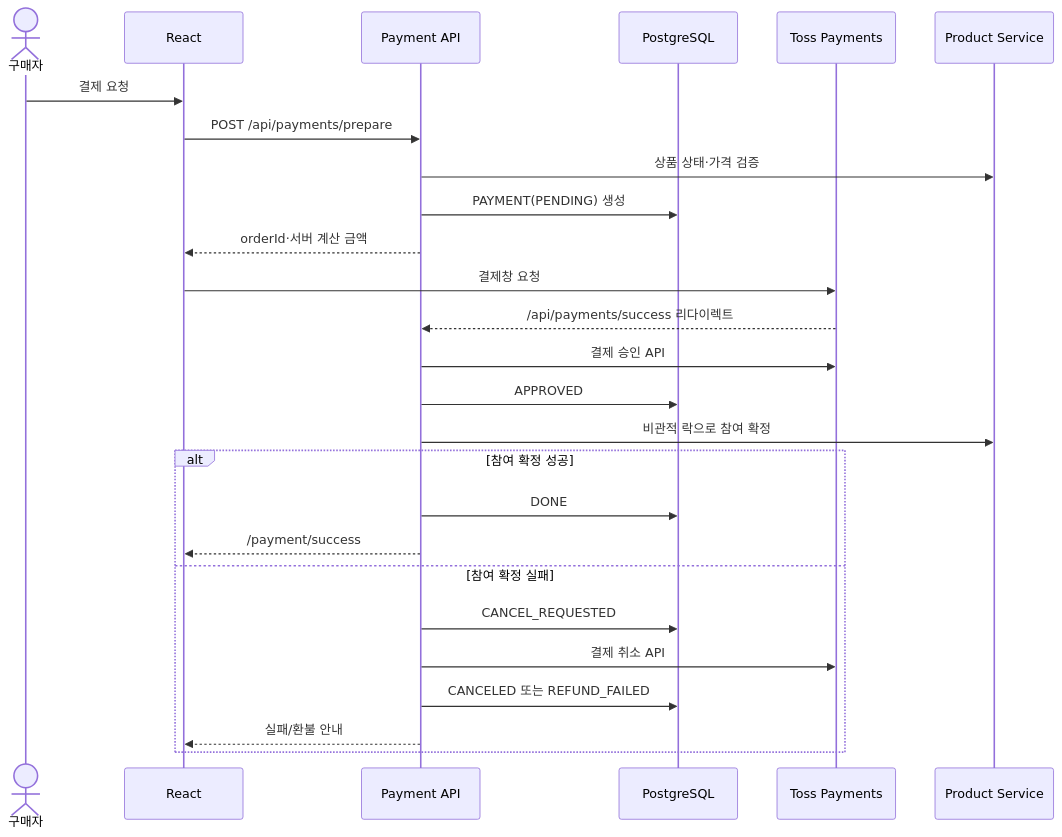
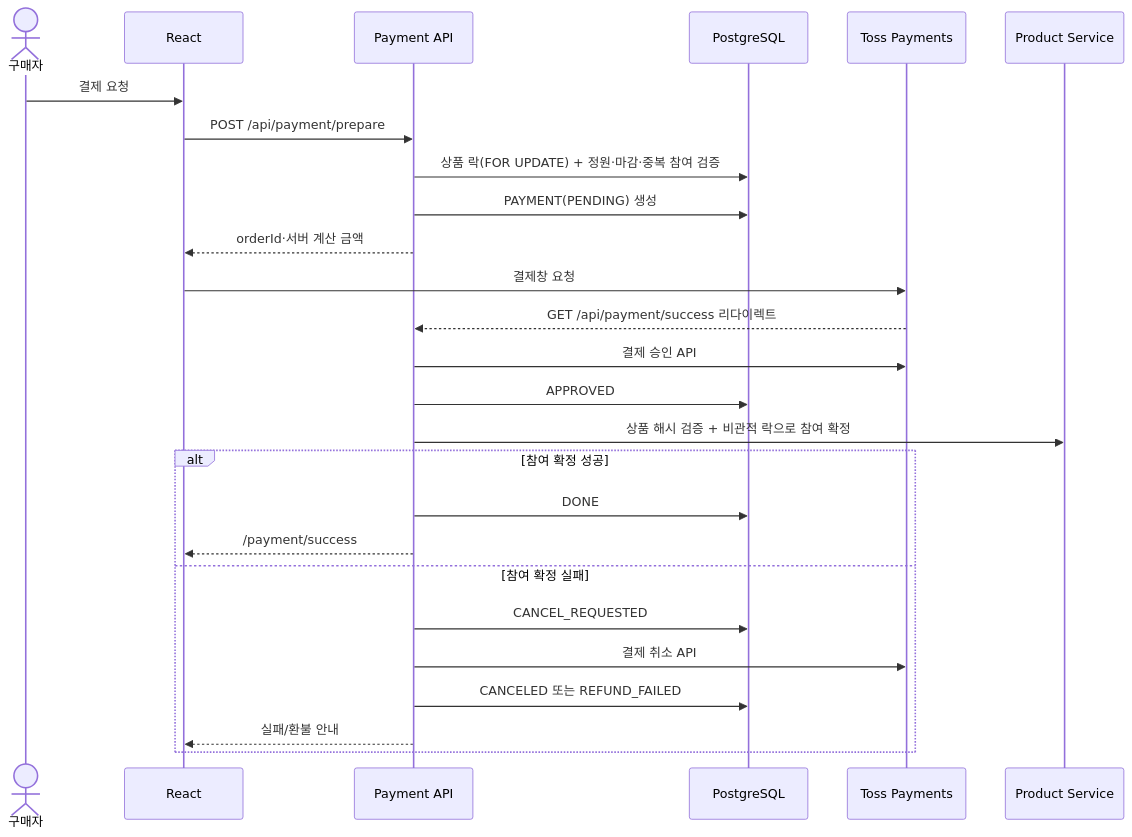
The third of 4 diagrams in document/04_Architecture.md (LimHyeongHo/yuhan_final_project), drawn with Mermaid before and after one commit. The commit also changed other lines of this file and 4 other files, not shown here.

````diff
--- a/document/04_Architecture.md
+++ b/document/04_Architecture.md
@@ -131,29 +131,29 @@
 ```mermaid
 sequenceDiagram
     actor B as 구매자
     participant F as React
     participant P as Payment API
     participant D as PostgreSQL
     participant T as Toss Payments
     participant S as Product Service
 
     B->>F: 결제 요청
-    F->>P: POST /api/payments/prepare
-    P->>S: 상품 상태·가격 검증
+    F->>P: POST /api/payment/prepare
+    P->>D: 상품 락(FOR UPDATE) + 정원·마감·중복 참여 검증
     P->>D: PAYMENT(PENDING) 생성
     P-->>F: orderId·서버 계산 금액
     F->>T: 결제창 요청
-    T-->>P: /api/payments/success 리다이렉트
+    T-->>P: GET /api/payment/success 리다이렉트
     P->>T: 결제 승인 API
     P->>D: APPROVED
-    P->>S: 비관적 락으로 참여 확정
+    P->>S: 상품 해시 검증 + 비관적 락으로 참여 확정
     alt 참여 확정 성공
         P->>D: DONE
         P-->>F: /payment/success
     else 참여 확정 실패
         P->>D: CANCEL_REQUESTED
         P->>T: 결제 취소 API
         P->>D: CANCELED 또는 REFUND_FAILED
         P-->>F: 실패/환불 안내
     end
 ```
````
